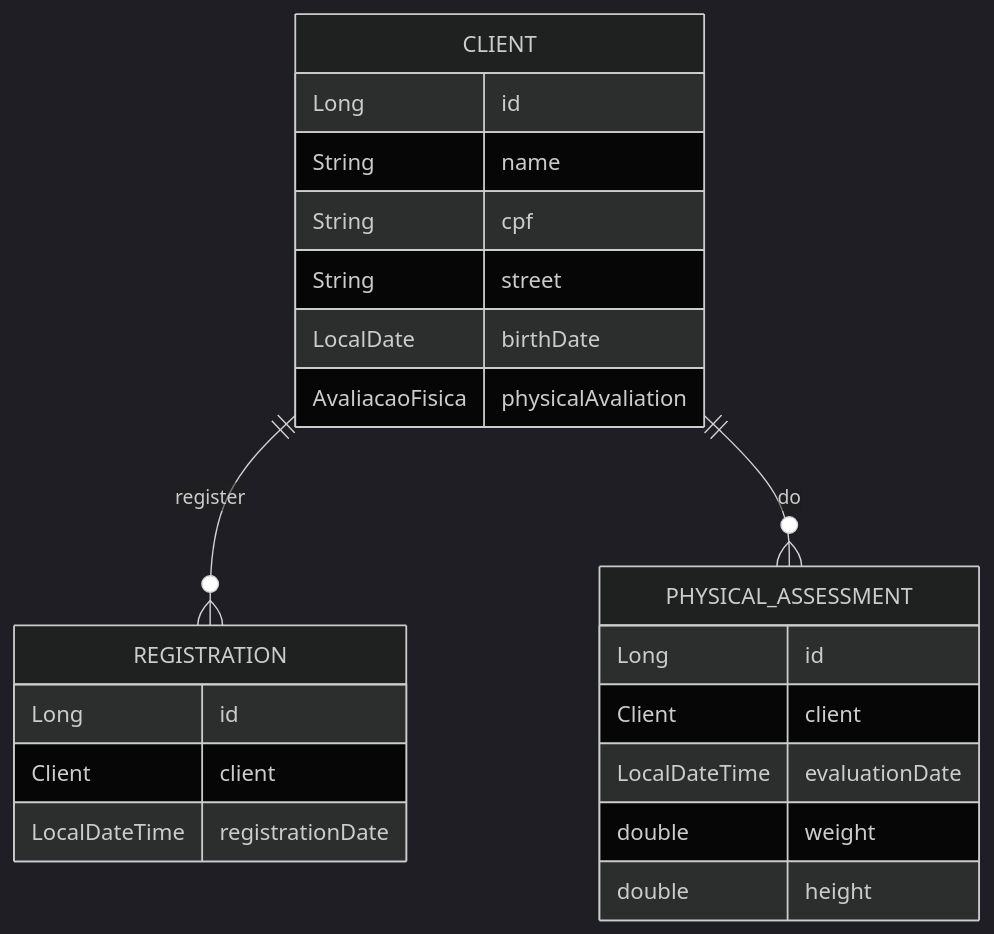
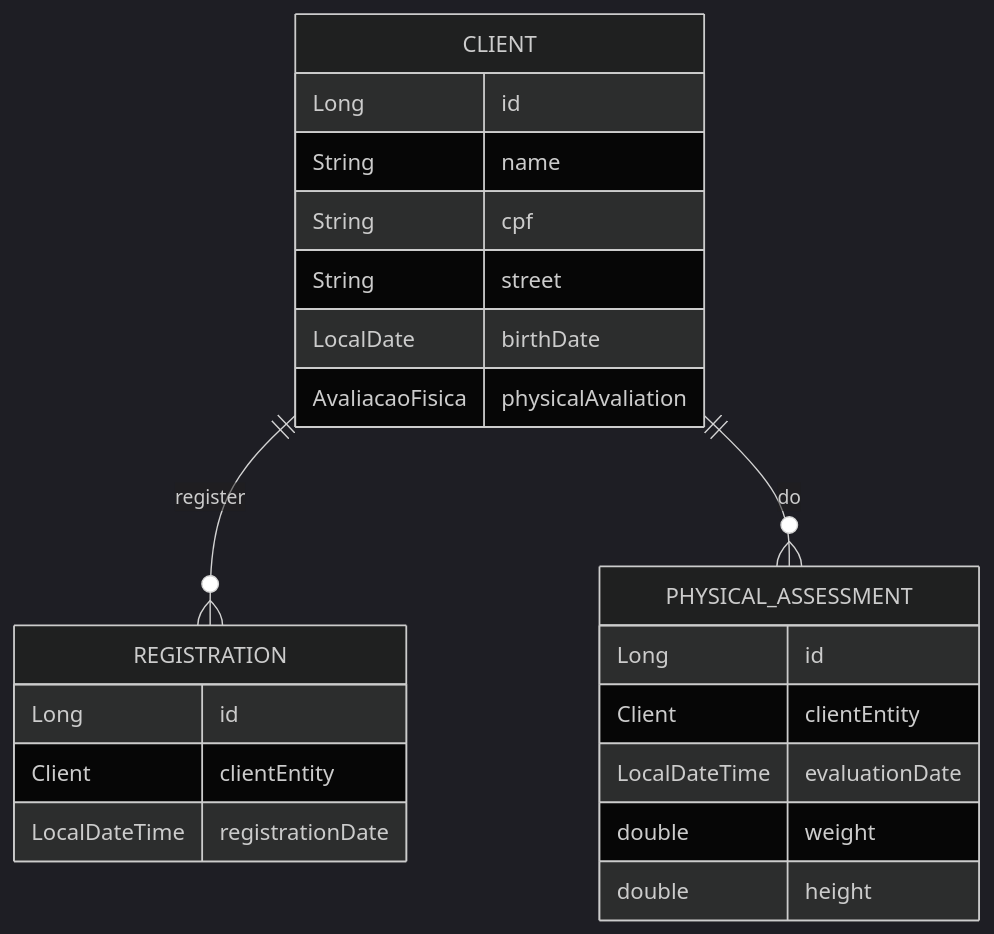
Before and after one commit to tfalc/CadimiaApp: the first of 2 diagrams in README.md, drawn with Mermaid (dark theme). The commit also changed other lines of this file, not shown here.

````diff
--- a/README.md
+++ b/README.md
@@ -15,29 +15,29 @@
 ```mermaid
 erDiagram
 
 CLIENT ||--o{ REGISTRATION : register
     CLIENT { 
         Long id
         String name
         String cpf
         String street
         LocalDate birthDate
         AvaliacaoFisica physicalAvaliation
 }
 
 CLIENT ||--o{ PHYSICAL_ASSESSMENT : do
     PHYSICAL_ASSESSMENT { 
         Long id
-        Client client
+        Client clientEntity
         LocalDateTime evaluationDate
         double weight
         double height
  }
  
 REGISTRATION {
     Long id
-    Client client
+    Client clientEntity
     LocalDateTime registrationDate
 }
 
 ```
````
